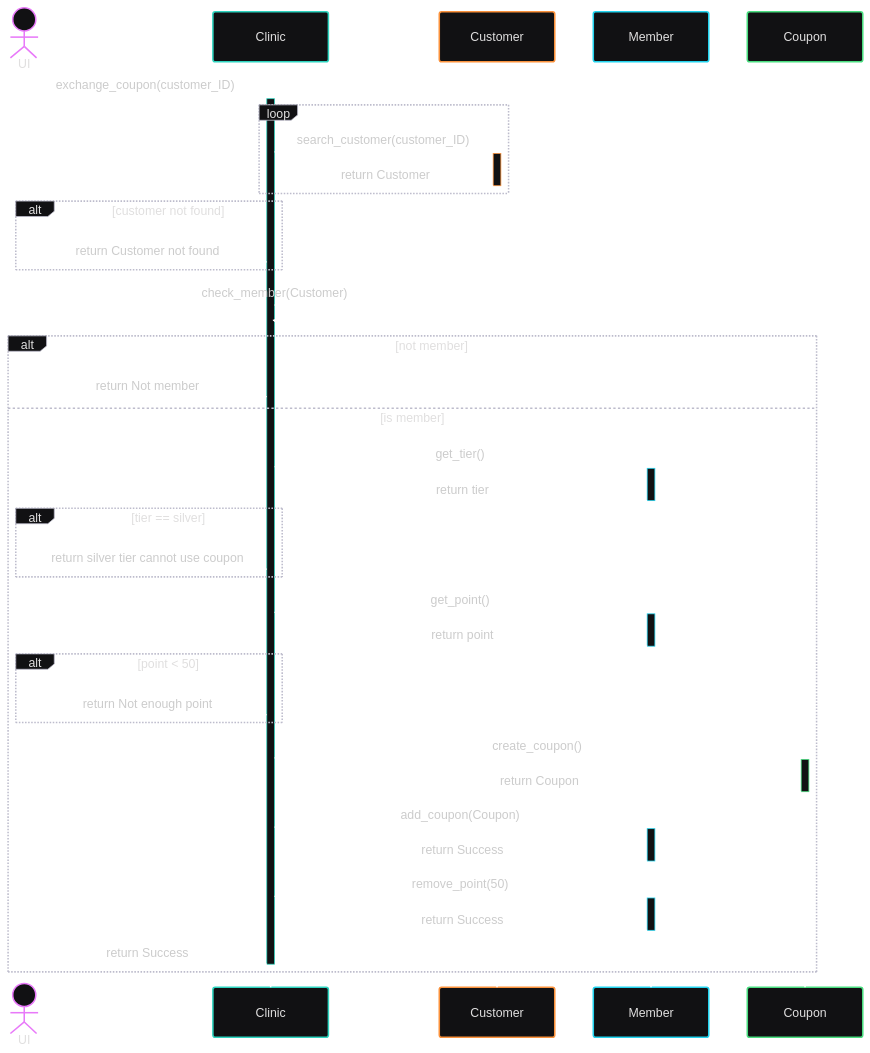
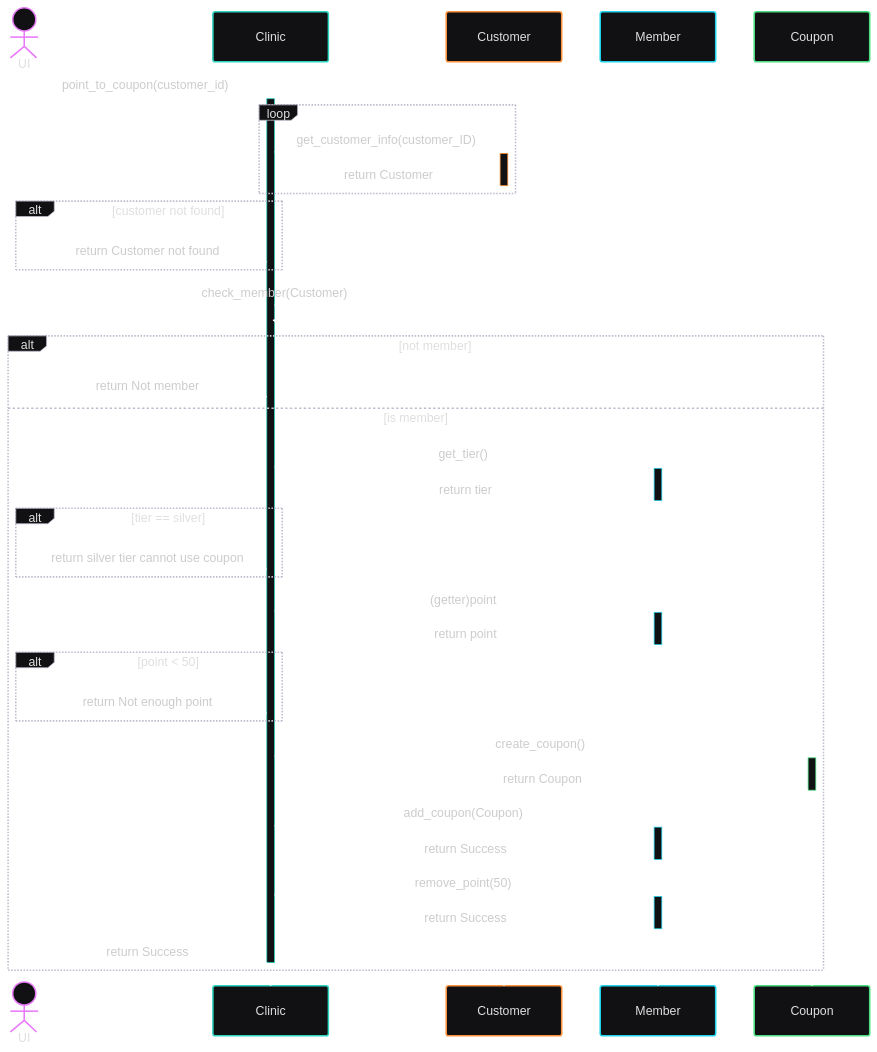
Before and after one commit to HiruKub/OOP-PROJECT_BASECODE: the diagram in SequenceDiagram/ExchangeCoupon.mmd, drawn with Mermaid. The commit also changed 1 other file, not shown here.

Commit message:
fix sequence

```diff
--- a/SequenceDiagram/ExchangeCoupon.mmd
+++ b/SequenceDiagram/ExchangeCoupon.mmd
@@ -1,50 +1,50 @@
 ---
 config:
   theme: redux-dark-color
 ---
 sequenceDiagram
 
         actor UI
         participant Clinic
         participant Customer
         participant Member
         participant Coupon
 
-        UI ->>+ Clinic : exchange_coupon(customer_ID)
+        UI ->>+ Clinic : point_to_coupon(customer_id)
 
         loop
-            Clinic ->>+ Customer : search_customer(customer_ID)
+            Clinic ->>+ Customer : get_customer_info(customer_ID)
             Customer -->>- Clinic : return Customer
         end
         alt customer not found 
             Clinic -->> UI : return Customer not found
         end
 
         Clinic ->> Clinic : check_member(Customer)
 
         alt not member
             Clinic -->> UI : return Not member
         else is member
             Clinic ->>+ Member : get_tier()
             Member -->>- Clinic : return tier
             alt tier == silver 
                 Clinic -->> UI : return silver tier cannot use coupon
             end
 
-            Clinic ->>+ Member : get_point()
+            Clinic ->>+ Member : (getter)point
             Member -->>- Clinic : return point
 
             alt point < 50
                 Clinic -->> UI : return Not enough point
             end
 
             Clinic ->>+ Coupon : create_coupon()
             Coupon -->>- Clinic : return Coupon
 
             Clinic ->>+ Member : add_coupon(Coupon)
             Member -->>- Clinic : return Success
 
             Clinic ->>+ Member : remove_point(50)
             Member -->>- Clinic : return Success
             Clinic -->>- UI : return Success
         end
```
